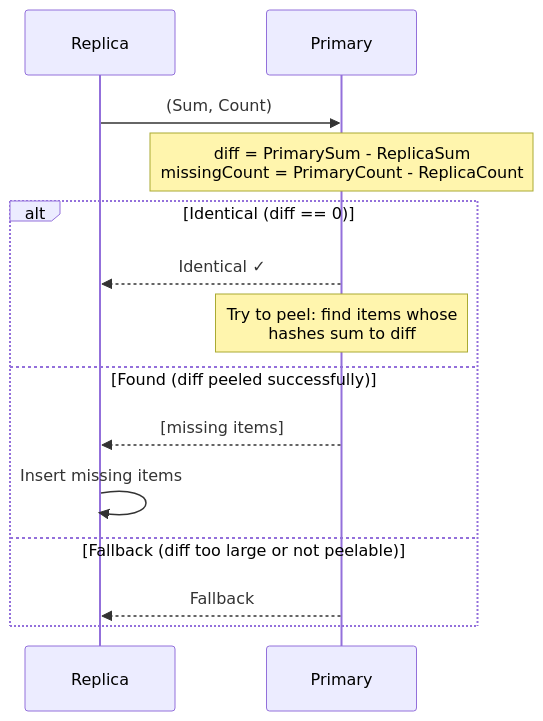
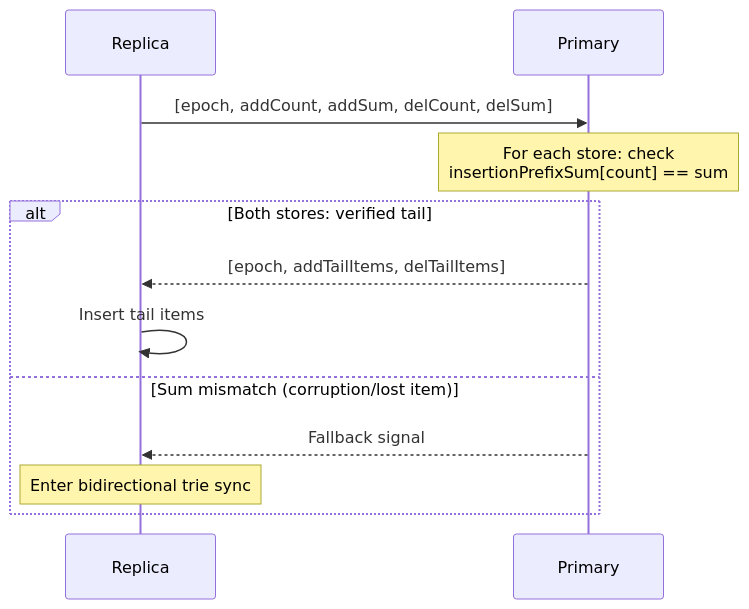
The first of 8 diagrams in SetSum/Sync/README.md (arj03/setsum-cs), drawn with Mermaid before and after one commit. The commit also changed other lines of this file and 10 other files, not shown here.

````diff
--- a/SetSum/Sync/README.md
+++ b/SetSum/Sync/README.md
@@ -40,17 +40,15 @@
 ```mermaid
 sequenceDiagram
     participant R as Replica
     participant P as Primary
 
-    R->>P: (Sum, Count)
-    Note over P: diff = PrimarySum - ReplicaSum<br/>missingCount = PrimaryCount - ReplicaCount
-    alt Identical (diff == 0)
-        P-->>R: Identical ✓
-    Note over P: Try to peel: find items whose<br/>hashes sum to diff
-    else Found (diff peeled successfully)
-        P-->>R: [missing items]
-        R->>R: Insert missing items
-    else Fallback (diff too large or not peelable)
-        P-->>R: Fallback
+    R->>P: [epoch, addCount, addSum, delCount, delSum]
+    Note over P: For each store: check<br/>insertionPrefixSum[count] == sum
+    alt Both stores: verified tail
+        P-->>R: [epoch, addTailItems, delTailItems]
+        R->>R: Insert tail items
+    else Sum mismatch (corruption/lost item)
+        P-->>R: Fallback signal
+        Note over R: Enter bidirectional trie sync
     end
 ```
````
